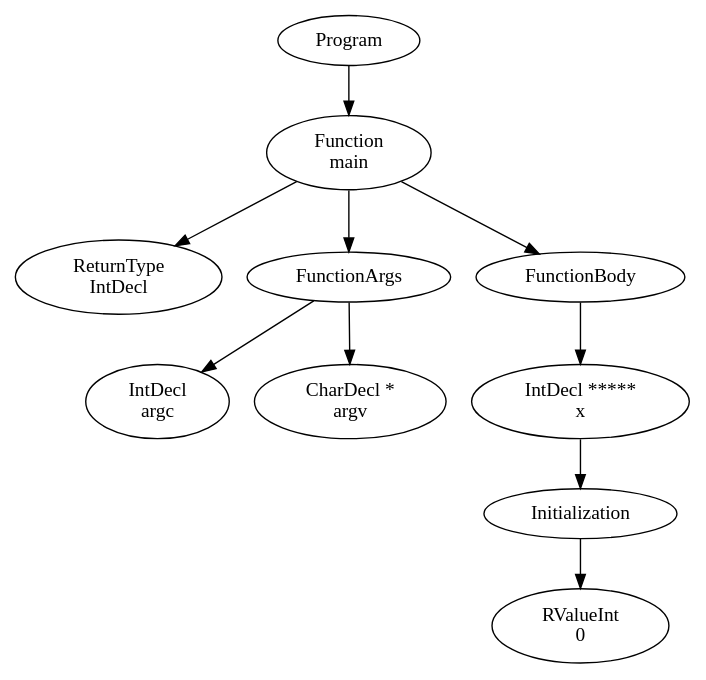
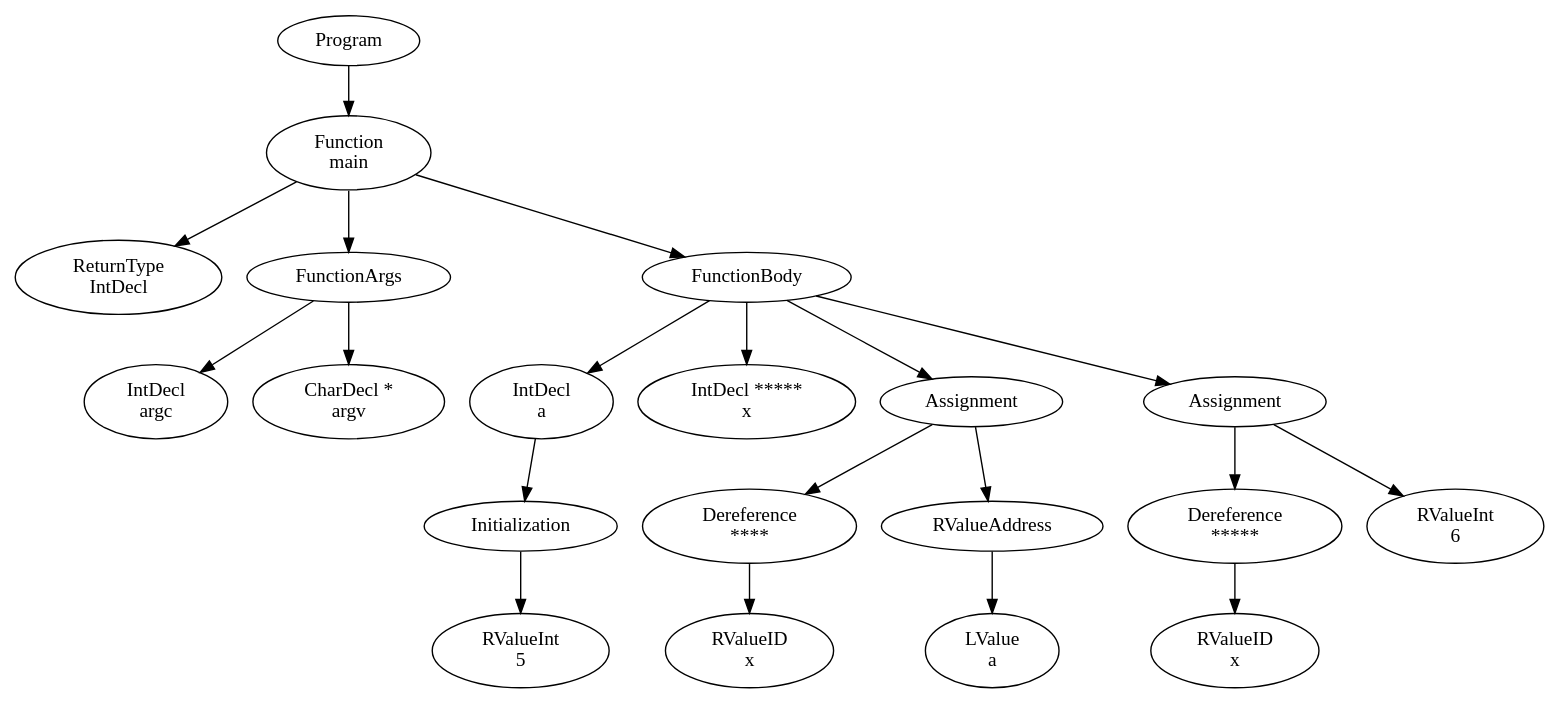
The diagram in official/res/solutions/pointer.dot (FedericoQuin/Compilers), drawn with Graphviz before and after one commit. The commit also changed 4 other files, not shown here.

```diff
--- a/official/res/solutions/pointer.dot
+++ b/official/res/solutions/pointer.dot
@@ -1,21 +1,41 @@
 digraph AST {
 1 [label="Program"];
 2 [label="Function \nmain"];
 3 [label="ReturnType \nIntDecl"];
 4 [label="FunctionArgs"];
 5 [label="IntDecl \nargc"];
 6 [label="CharDecl * \nargv"];
 4 -> 5;
 4 -> 6;
 7 [label="FunctionBody"];
-8 [label="IntDecl ***** \nx"];
+8 [label="IntDecl \na"];
 9 [label="Initialization"];
-10 [label="RValueInt \n0"];
+10 [label="RValueInt \n5"];
 9 -> 10;
 8 -> 9;
+11 [label="IntDecl ***** \nx"];
+12 [label="Assignment"];
+13 [label="Dereference \n****"];
+14 [label="RValueID \nx"];
+13 -> 14;
+15 [label="RValueAddress"];
+16 [label="LValue \na"];
+15 -> 16;
+12 -> 13;
+12 -> 15;
+17 [label="Assignment"];
+18 [label="Dereference \n*****"];
+19 [label="RValueID \nx"];
+18 -> 19;
+20 [label="RValueInt \n6"];
+17 -> 18;
+17 -> 20;
 7 -> 8;
+7 -> 11;
+7 -> 12;
+7 -> 17;
 2 -> 3;
 2 -> 4;
 2 -> 7;
 1 -> 2;
 }
```
